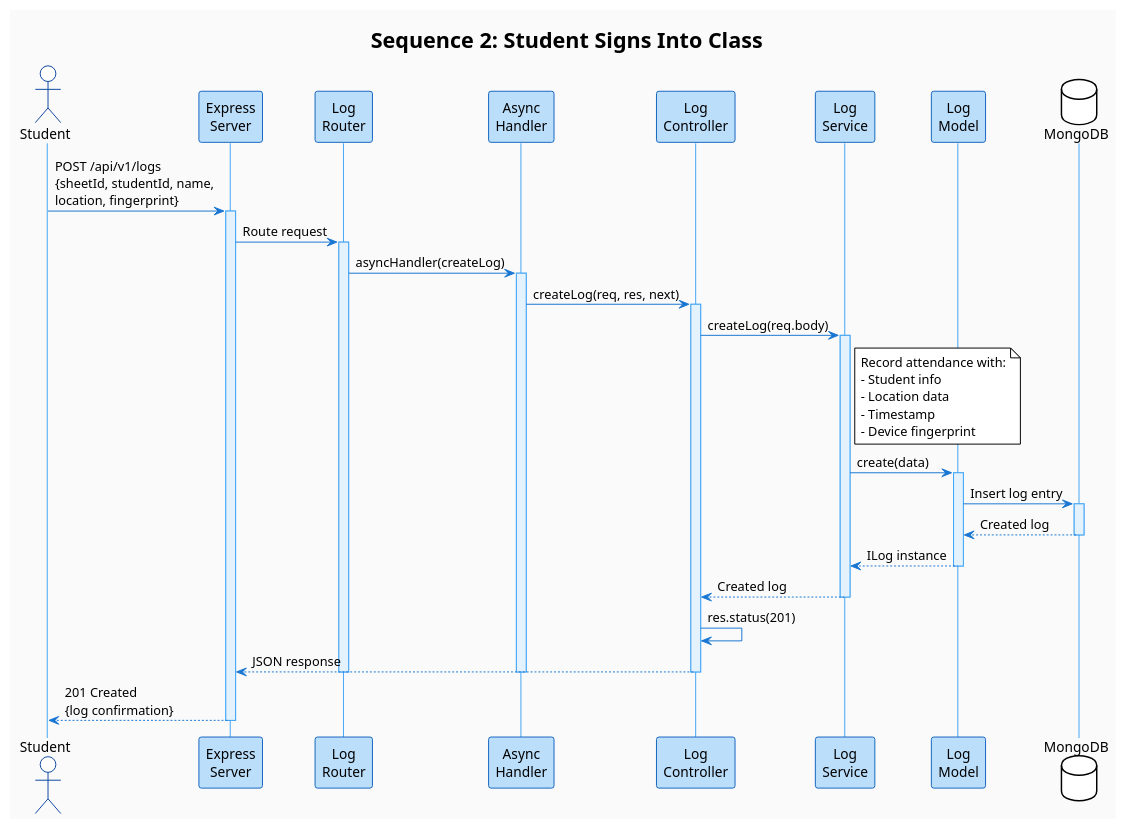
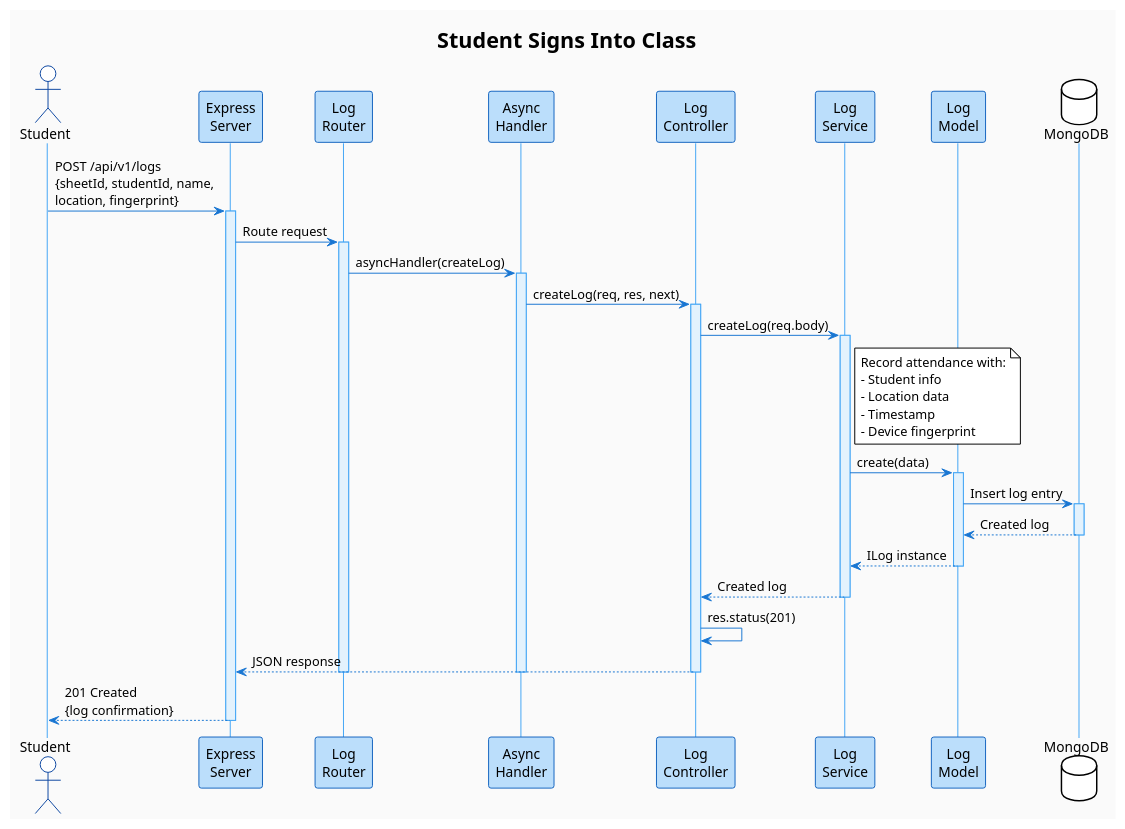
The diagram in src/design/sign-into-class.puml (AvinaashGhansam/student-auth-api), drawn with PlantUML before and after one commit. The commit also changed 7 other files, not shown here.

```diff
--- a/src/design/sign-into-class.puml
+++ b/src/design/sign-into-class.puml
@@ -1,69 +1,69 @@
 @startuml Student_Sign_In
 !theme plain
 skinparam backgroundColor #FAFAFA
 skinparam sequence {
     ArrowColor #1976D2
     ActorBorderColor #0D47A1
     LifeLineBorderColor #42A5F5
     LifeLineBackgroundColor #E3F2FD
     ParticipantBorderColor #1565C0
     ParticipantBackgroundColor #BBDEFB
 }
 
-title Sequence 2: Student Signs Into Class
+title Student Signs Into Class
 
 actor Student
 participant "Express\nServer" as Express
 participant "Log\nRouter" as LogRouter
 participant "Async\nHandler" as Async
 participant "Log\nController" as LogController
 participant "Log\nService" as LogService
 participant "Log\nModel" as LogModel
 database MongoDB
 
 Student -> Express: POST /api/v1/logs\n{sheetId, studentId, name,\nlocation, fingerprint}
 activate Express
 
 Express -> LogRouter: Route request
 activate LogRouter
 
 LogRouter -> Async: asyncHandler(createLog)
 activate Async
 
 Async -> LogController: createLog(req, res, next)
 activate LogController
 
 LogController -> LogService: createLog(req.body)
 activate LogService
 note right of LogService
     Record attendance with:
     - Student info
     - Location data
     - Timestamp
     - Device fingerprint
 end note
 
 LogService -> LogModel: create(data)
 activate LogModel
 
 LogModel -> MongoDB: Insert log entry
 activate MongoDB
 MongoDB --> LogModel: Created log
 deactivate MongoDB
 
 LogModel --> LogService: ILog instance
 deactivate LogModel
 
 LogService --> LogController: Created log
 deactivate LogService
 
 LogController -> LogController: res.status(201)
 LogController --> Express: JSON response
 deactivate LogController
 deactivate Async
 deactivate LogRouter
 
 Express --> Student: 201 Created\n{log confirmation}
 deactivate Express
 
 @enduml
```
